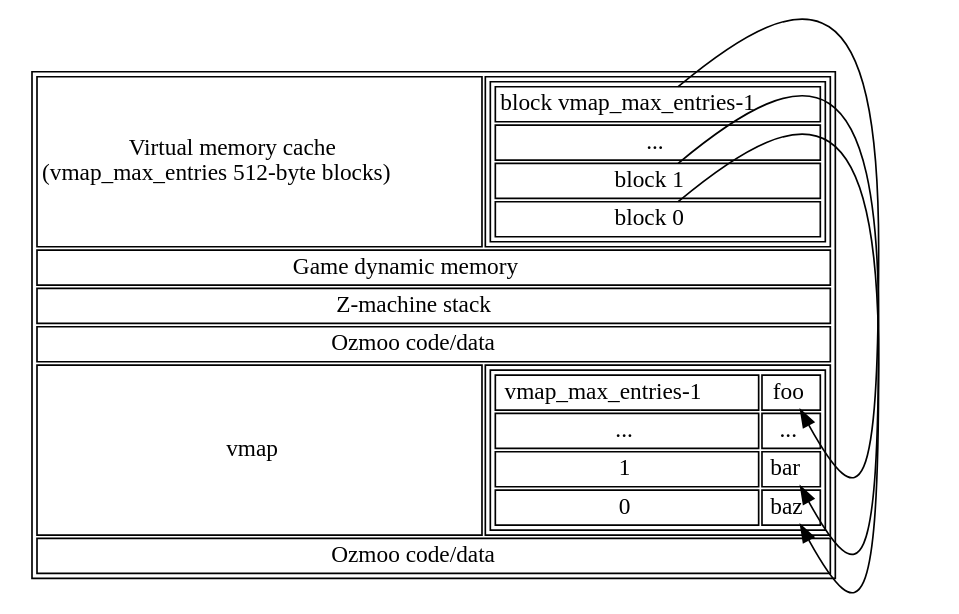
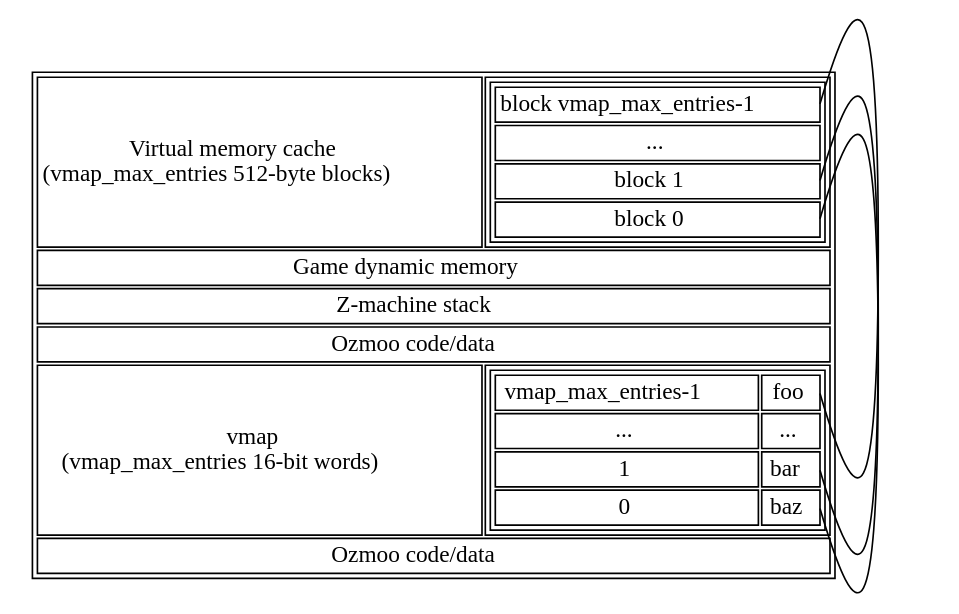
One commit to ZornsLemma/ozmoo changed the diagram in documentation/techdocs/memory-map-1.dot. Above: the diagram before and after it, drawn with Graphviz.

Commit message:
Snapshot

```diff
--- a/documentation/techdocs/memory-map-1.dot
+++ b/documentation/techdocs/memory-map-1.dot
@@ -1,37 +1,38 @@
-digraph memory {
+graph memory {
+    graph [splines=line];
     node [shape=plaintext];
 
     top [label=<
     <table>
         <tr><td>Virtual memory cache<br/>(vmap_max_entries 512-byte blocks)</td>
             <td>
                 <table port="vmem">
                     <tr><td port="lastblock">block vmap_max_entries-1</td></tr>
                     <tr><td>...</td></tr>
                     <tr><td port="block1">block 1</td></tr>
                     <tr><td port="block0">block 0</td></tr>
                 </table>
             </td>
         </tr>
         <tr><td colspan="2">Game dynamic memory</td></tr>
         <tr><td colspan="2">Z-machine stack</td></tr>
         <tr><td colspan="2">Ozmoo code/data</td></tr>
-        <tr><td>vmap</td>
+        <tr><td>vmap<br/>(vmap_max_entries 16-bit words)</td>
             <td>
                 <table>
                     <tr><td>vmap_max_entries-1</td><td port="xlastblock">foo</td></tr>
                     <tr><td>...</td><td>...</td></tr>
                     <tr><td>1</td><td port="xblock1">bar</td></tr>
                     <tr><td>0</td><td port="xblock0">baz</td></tr>
                 </table>
             </td>
         </tr>
         <tr><td colspan="2">Ozmoo code/data</td></tr>
     </table>>];
 
-    top:lastblock -> top:xlastblock;
-    top:block1 -> top:xblock1;
-    top:block0 -> top:xblock0;
+    top:lastblock:e -- top:xlastblock:e;
+    top:block1:e -- top:xblock1:e;
+    top:block0:e -- top:xblock0:e;
 }
 
 # vi: sw=4 sts=4
```
